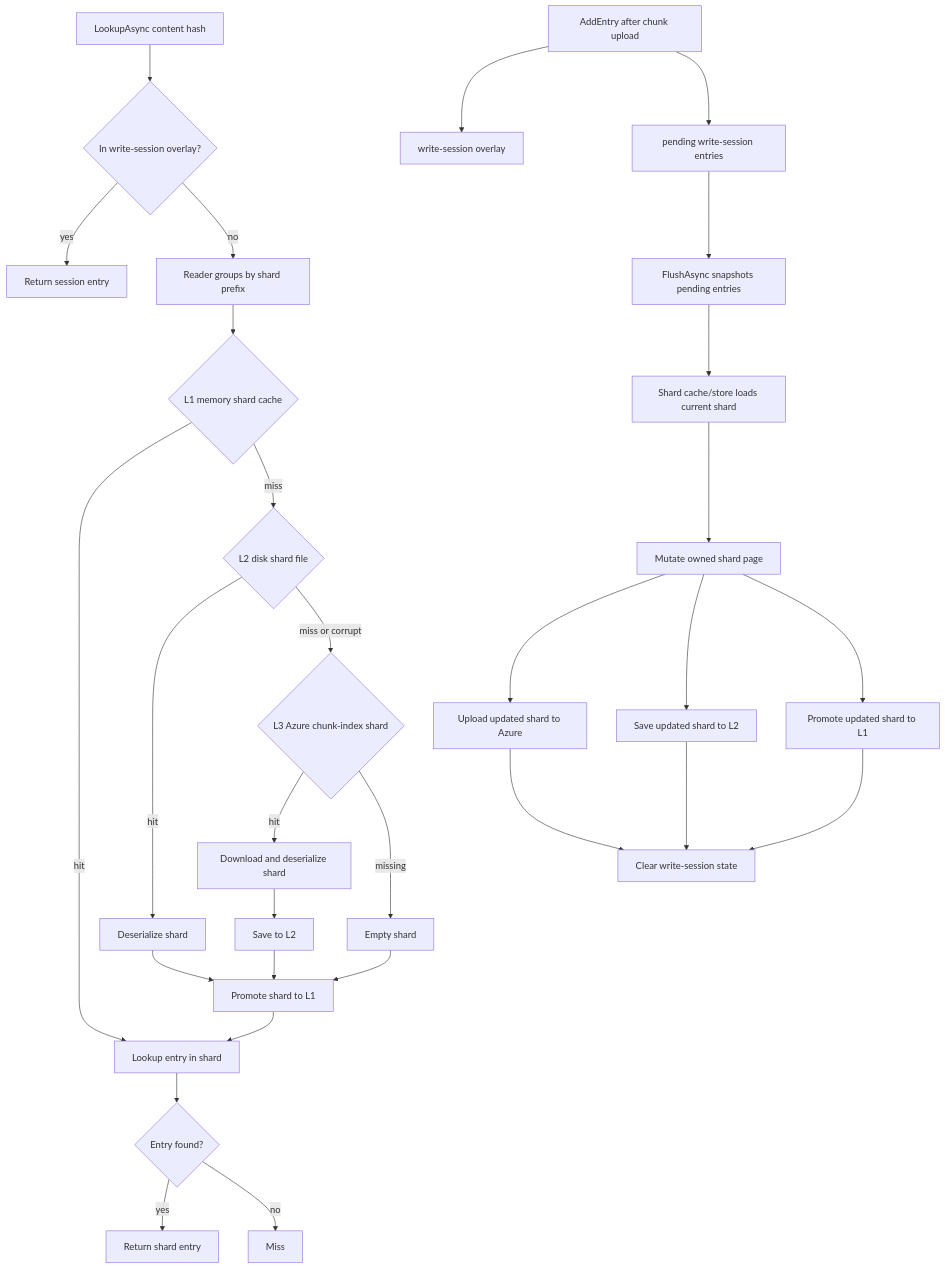
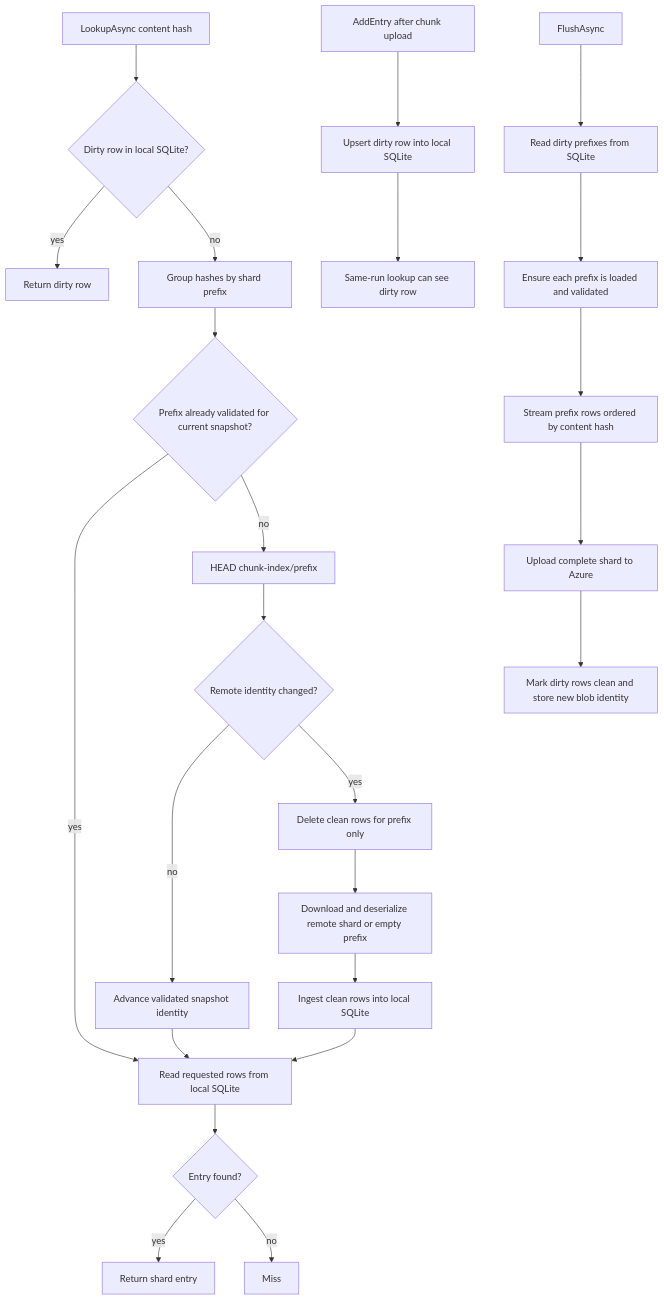
The diagram in docs/cache.md (woutervanranst/Arius7), drawn with Mermaid before and after one commit. The commit also changed other lines of this file and 1 other file, not shown here.

````diff
--- a/docs/cache.md
+++ b/docs/cache.md
@@ -127,33 +122,27 @@
 ```mermaid
 flowchart TD
-    A[LookupAsync content hash] --> B{In write-session overlay?}
-    B -->|yes| C[Return session entry]
-    B -->|no| D[Reader groups by shard prefix]
-    D --> E{L1 memory shard cache}
-    E -->|hit| F[Lookup entry in shard]
-    E -->|miss| G{L2 disk shard file}
-    G -->|hit| H[Deserialize shard]
-    H --> I[Promote shard to L1]
+    A[LookupAsync content hash] --> B{Dirty row in local SQLite?}
+    B -->|yes| C[Return dirty row]
+    B -->|no| D[Group hashes by shard prefix]
+    D --> E{Prefix already validated for current snapshot?}
+    E -->|yes| F[Read requested rows from local SQLite]
+    E -->|no| G[HEAD chunk-index/prefix]
+    G --> H{Remote identity changed?}
+    H -->|no| I[Advance validated snapshot identity]
     I --> F
-    G -->|miss or corrupt| J{L3 Azure chunk-index shard}
-    J -->|hit| K[Download and deserialize shard]
-    K --> L[Save to L2]
-    L --> I
-    J -->|missing| M[Empty shard]
-    M --> I
-    F --> N{Entry found?}
-    N -->|yes| O[Return shard entry]
-    N -->|no| P[Miss]
+    H -->|yes| J[Delete clean rows for prefix only]
+    J --> K[Download and deserialize remote shard or empty prefix]
+    K --> L[Ingest clean rows into local SQLite]
+    L --> F
+    F --> M{Entry found?}
+    M -->|yes| N[Return shard entry]
+    M -->|no| O[Miss]
 
-    Q[AddEntry after chunk upload] --> R[write-session overlay]
-    Q --> S[pending write-session entries]
-    S --> T[FlushAsync snapshots pending entries]
-    T --> U[Shard cache/store loads current shard]
-    U --> V[Mutate owned shard page]
-    V --> W[Upload updated shard to Azure]
-    V --> X[Save updated shard to L2]
-    V --> Y[Promote updated shard to L1]
-    W --> Z[Clear write-session state]
-    X --> Z
-    Y --> Z
+    P[AddEntry after chunk upload] --> Q[Upsert dirty row into local SQLite]
+    Q --> R[Same-run lookup can see dirty row]
+    S[FlushAsync] --> T[Read dirty prefixes from SQLite]
+    T --> U[Ensure each prefix is loaded and validated]
+    U --> V[Stream prefix rows ordered by content hash]
+    V --> W[Upload complete shard to Azure]
+    W --> X[Mark dirty rows clean and store new blob identity]
 ```
````
